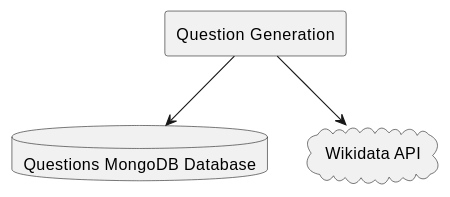
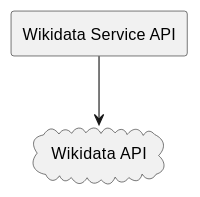
Before and after one commit to UO289930/wiq_en3a: the fourth of 5 diagrams in docs/src/05_building_block_view.adoc, drawn with PlantUML. The commit also changed other lines of this file and 1 other file, not shown here.

```diff
--- a/docs/src/05_building_block_view.adoc
+++ b/docs/src/05_building_block_view.adoc
@@ -337,16 +270,14 @@
 [plantuml, format="png"]
 ----
 @startuml
 ' Define custom style for components
 skinparam componentStyle uml2
 
 ' Define components as rectangles without default stereotypes
-rectangle "Question Generation" as QuestionGeneration
-database "Questions MongoDB Database" as MongoDB
+rectangle "Wikidata Service API" as WikidataService
 cloud "Wikidata API" as WikidataAPI
 
 ' Define connections
-QuestionGeneration --> MongoDB
-QuestionGeneration --> WikidataAPI
+WikidataService --> WikidataAPI
 @enduml
 ----
```
